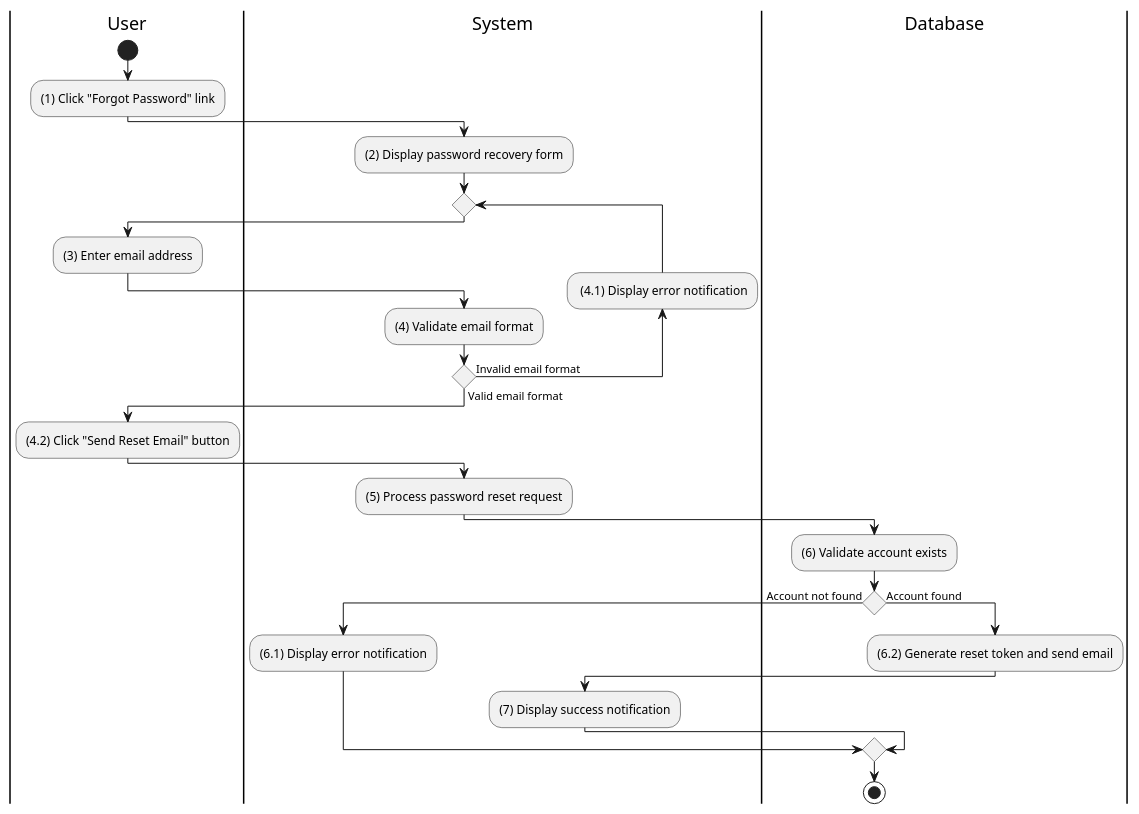
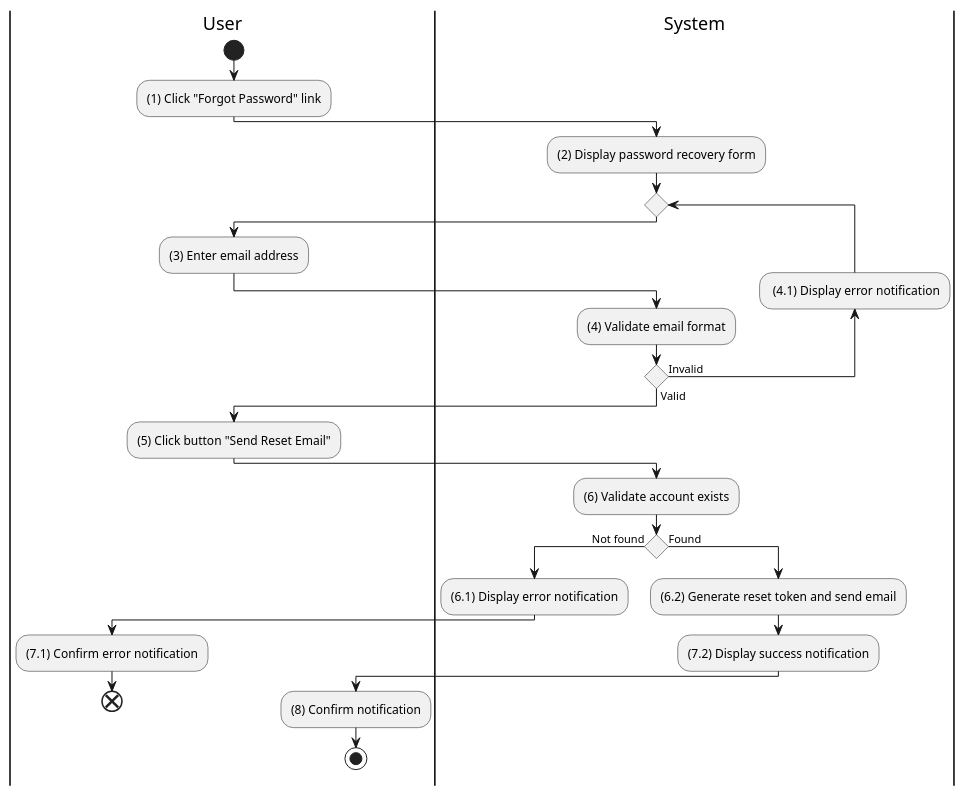
Before and after one commit to electricilies/electricilies.github.io: the diagram in docs/software-docs/activity/manage-account/recover-account.md, drawn with PlantUML. The commit also changed 47 other files, not shown here.

````diff
--- a/docs/software-docs/activity/manage-account/recover-account.md
+++ b/docs/software-docs/activity/manage-account/recover-account.md
@@ -3,38 +3,36 @@
 ```plantuml
 @startuml
 |U|User
 |S|System
-|D|Database
 
 |U|
 start
 :(1) Click "Forgot Password" link;
 |S|
 :(2) Display password recovery form;
 repeat
   |U|
   :(3) Enter email address;
   |S|
   :(4) Validate email format;
 backward: (4.1) Display error notification;
-repeat while () is (Invalid email format) not (Valid email format)
+repeat while () is (Invalid) not (Valid)
 |U|
-:(4.2) Click "Send Reset Email" button;
+:(5) Click button "Send Reset Email";
 |S|
-:(5) Process password reset request;
-|D|
 :(6) Validate account exists;
-if () then (Account not found)
+if () then (Not found)
+  :(6.1) Display error notification;
+  |U|
+  :(7.1) Confirm error notification;
+  end
+else (Found)
   |S|
-  :(6.1) Display error notification;
-else (Account found)
-  |D|
   :(6.2) Generate reset token and send email;
-  |S|
-  :(7) Display success notification;
+  :(7.2) Display success notification;
+  |U|
+  :(8) Confirm notification;
+  stop
 endif
-|D|
-stop
-
 @enduml
 ```
````
